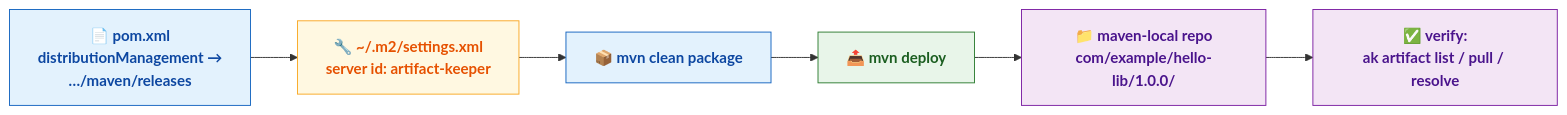
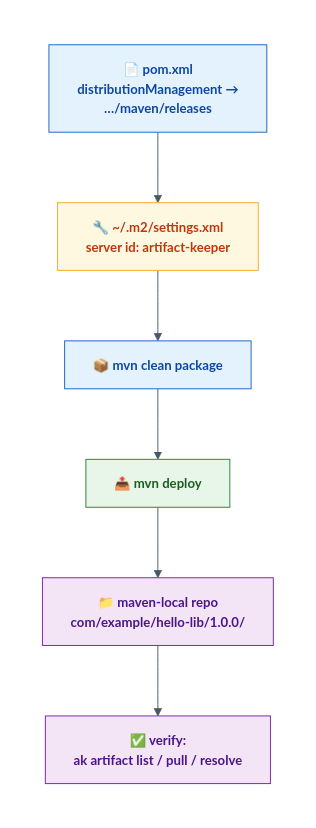
One commit to Orpere/artifactory-keeper-demo changed the diagram in docs/06-scenario-maven.md. Above: the diagram before and after it, drawn with Mermaid. The commit also changed 3 other files, not shown here.

First line of the commit message:
Guarantee diagram visibility on any canvas (light/dark mode)

````diff
--- a/docs/06-scenario-maven.md
+++ b/docs/06-scenario-maven.md
@@ -20,18 +20,25 @@
 ```mermaid
+%%{init: {'theme':'base', 'themeVariables': {'background':'#FFFFFF', 'lineColor':'#455A64', 'textColor':'#263238', 'edgeLabelBackground':'#FFFFFF', 'fontSize':'14px'}}}%%
 flowchart LR
     classDef build  fill:#E3F2FD,stroke:#1565C0,color:#0D47A1,font-weight:bold
-    classDef auth   fill:#FFF8E1,stroke:#F9A825,color:#E65100,font-weight:bold
+    classDef auth   fill:#FFF8E1,stroke:#F9A825,color:#BF360C,font-weight:bold
     classDef push   fill:#E8F5E9,stroke:#2E7D32,color:#1B5E20,font-weight:bold
     classDef verify fill:#F3E5F5,stroke:#7B1FA2,color:#4A148C,font-weight:bold
 
-    A["📄 pom.xml<br/>distributionManagement →<br/>…/maven/releases"] --> B["🔧 ~/.m2/settings.xml<br/>server id: artifact-keeper"]
+    subgraph W[" "]
+        A["📄 pom.xml<br/>distributionManagement →<br/>…/maven/releases"] --> B["🔧 ~/.m2/settings.xml<br/>server id: artifact-keeper"]
     B --> C["📦 mvn clean package"]
     C --> D["📤 mvn deploy"]
     D --> E["📁 maven-local repo<br/>com/example/hello-lib/1.0.0/"]
     E --> F["✅ verify:<br/>ak artifact list / pull / resolve"]
+    end
+
+    style W fill:#FFFFFF,stroke:none
 
     class A,B,C build
     class B auth
     class D push
     class E,F verify
+
+    linkStyle default stroke:#455A64,color:#455A64
 ```
````
